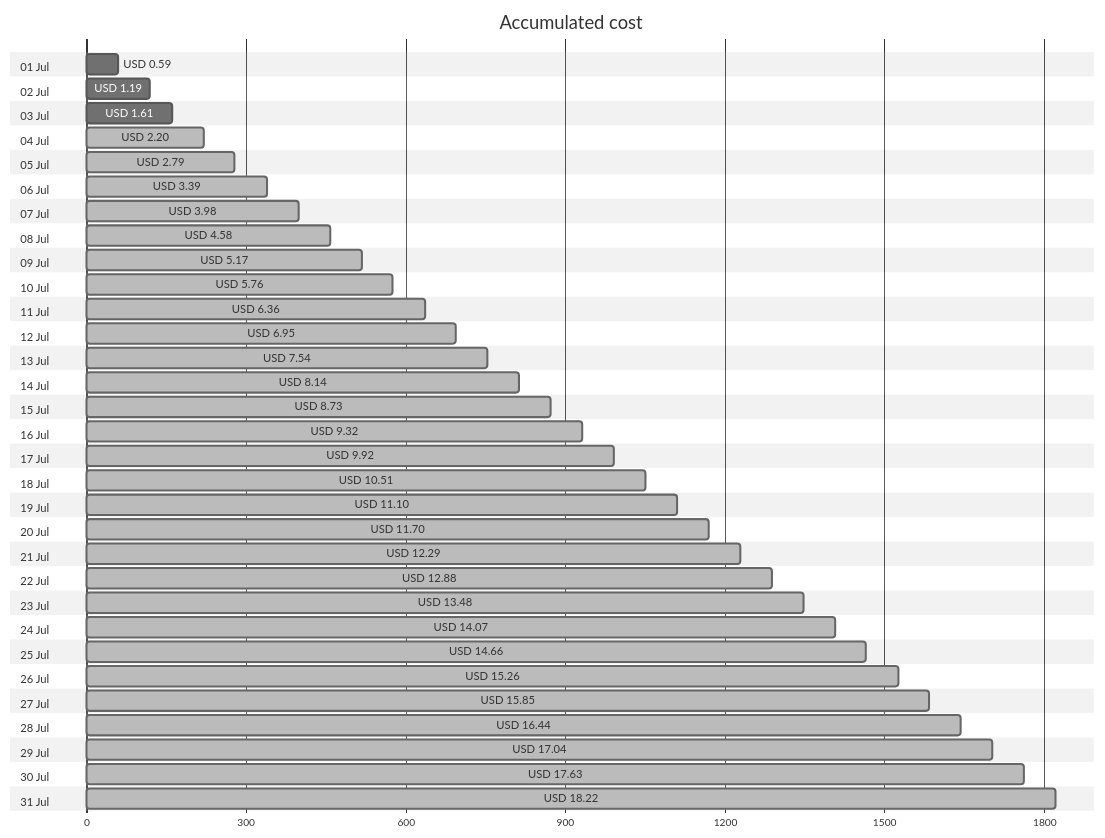
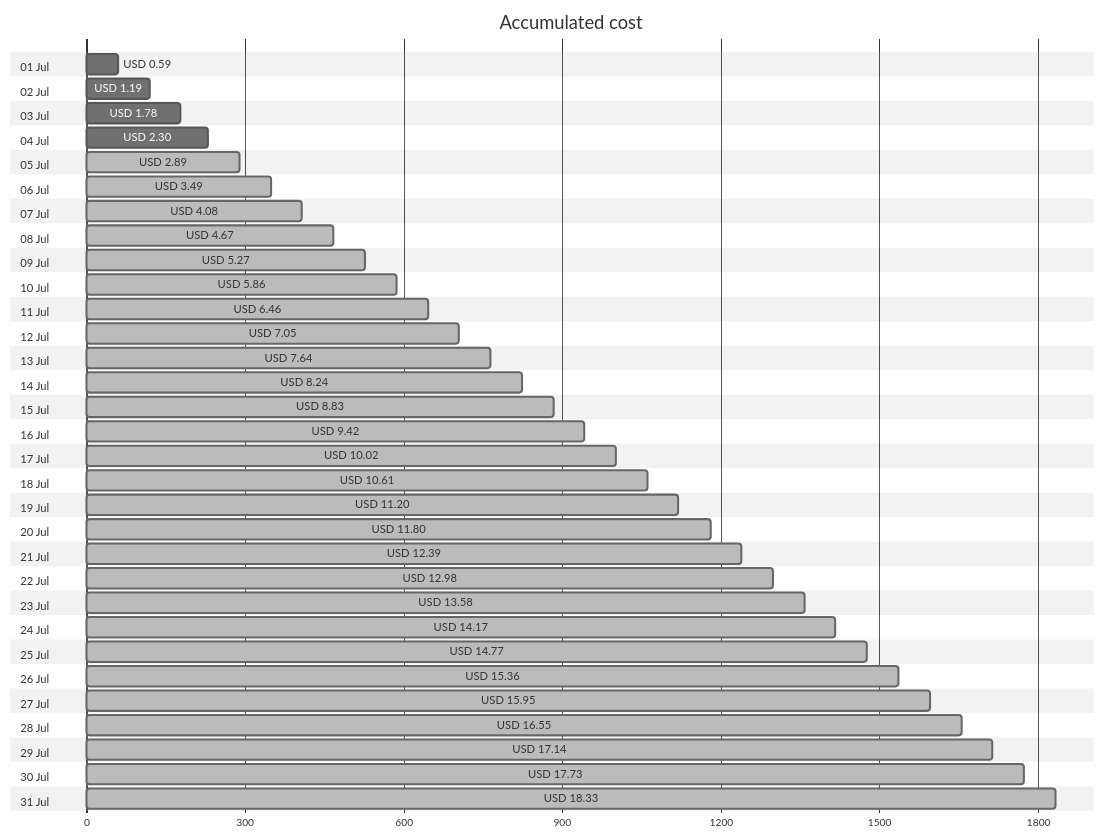
Before and after one commit to jpfulton/azure-personal-reports: the first of 4 diagrams in cost-reports/personal-site/README.md, drawn with Mermaid (neutral theme). The commit also changed other lines of this file and 6 other files, not shown here.

````diff
--- a/cost-reports/personal-site/README.md
+++ b/cost-reports/personal-site/README.md
@@ -20,68 +20,68 @@
 ```mermaid
 gantt
    title Accumulated cost
    dateFormat  X
    axisFormat %s
    section 01 Jul
    USD 0.59 :0, 59
    section 02 Jul
    USD 1.19 :0, 119
    section 03 Jul
-   USD 1.61 :0, 161
+   USD 1.78 :0, 178
    section 04 Jul
-   USD 2.20 : done, 0, 220
+   USD 2.30 :0, 230
    section 05 Jul
-   USD 2.79 : done, 0, 279
+   USD 2.89 : done, 0, 289
    section 06 Jul
-   USD 3.39 : done, 0, 339
+   USD 3.49 : done, 0, 349
    section 07 Jul
-   USD 3.98 : done, 0, 398
+   USD 4.08 : done, 0, 408
    section 08 Jul
-   USD 4.58 : done, 0, 458
+   USD 4.67 : done, 0, 467
    section 09 Jul
-   USD 5.17 : done, 0, 517
+   USD 5.27 : done, 0, 527
    section 10 Jul
-   USD 5.76 : done, 0, 576
+   USD 5.86 : done, 0, 586
    section 11 Jul
-   USD 6.36 : done, 0, 636
+   USD 6.46 : done, 0, 646
    section 12 Jul
-   USD 6.95 : done, 0, 695
+   USD 7.05 : done, 0, 705
    section 13 Jul
-   USD 7.54 : done, 0, 754
+   USD 7.64 : done, 0, 764
    section 14 Jul
-   USD 8.14 : done, 0, 814
+   USD 8.24 : done, 0, 824
    section 15 Jul
-   USD 8.73 : done, 0, 873
+   USD 8.83 : done, 0, 883
    section 16 Jul
-   USD 9.32 : done, 0, 932
+   USD 9.42 : done, 0, 942
    section 17 Jul
-   USD 9.92 : done, 0, 992
+   USD 10.02 : done, 0, 1002
    section 18 Jul
-   USD 10.51 : done, 0, 1051
+   USD 10.61 : done, 0, 1061
    section 19 Jul
-   USD 11.10 : done, 0, 1110
+   USD 11.20 : done, 0, 1120
    section 20 Jul
-   USD 11.70 : done, 0, 1170
+   USD 11.80 : done, 0, 1180
    section 21 Jul
-   USD 12.29 : done, 0, 1229
+   USD 12.39 : done, 0, 1239
    section 22 Jul
-   USD 12.88 : done, 0, 1288
+   USD 12.98 : done, 0, 1298
    section 23 Jul
-   USD 13.48 : done, 0, 1348
+   USD 13.58 : done, 0, 1358
    section 24 Jul
-   USD 14.07 : done, 0, 1407
+   USD 14.17 : done, 0, 1417
    section 25 Jul
-   USD 14.66 : done, 0, 1466
+   USD 14.77 : done, 0, 1477
    section 26 Jul
-   USD 15.26 : done, 0, 1526
+   USD 15.36 : done, 0, 1536
    section 27 Jul
-   USD 15.85 : done, 0, 1585
+   USD 15.95 : done, 0, 1595
    section 28 Jul
-   USD 16.44 : done, 0, 1644
+   USD 16.55 : done, 0, 1655
    section 29 Jul
-   USD 17.04 : done, 0, 1704
+   USD 17.14 : done, 0, 1714
    section 30 Jul
-   USD 17.63 : done, 0, 1763
+   USD 17.73 : done, 0, 1773
    section 31 Jul
-   USD 18.22 : done, 0, 1822
+   USD 18.33 : done, 0, 1833
 ```
````
